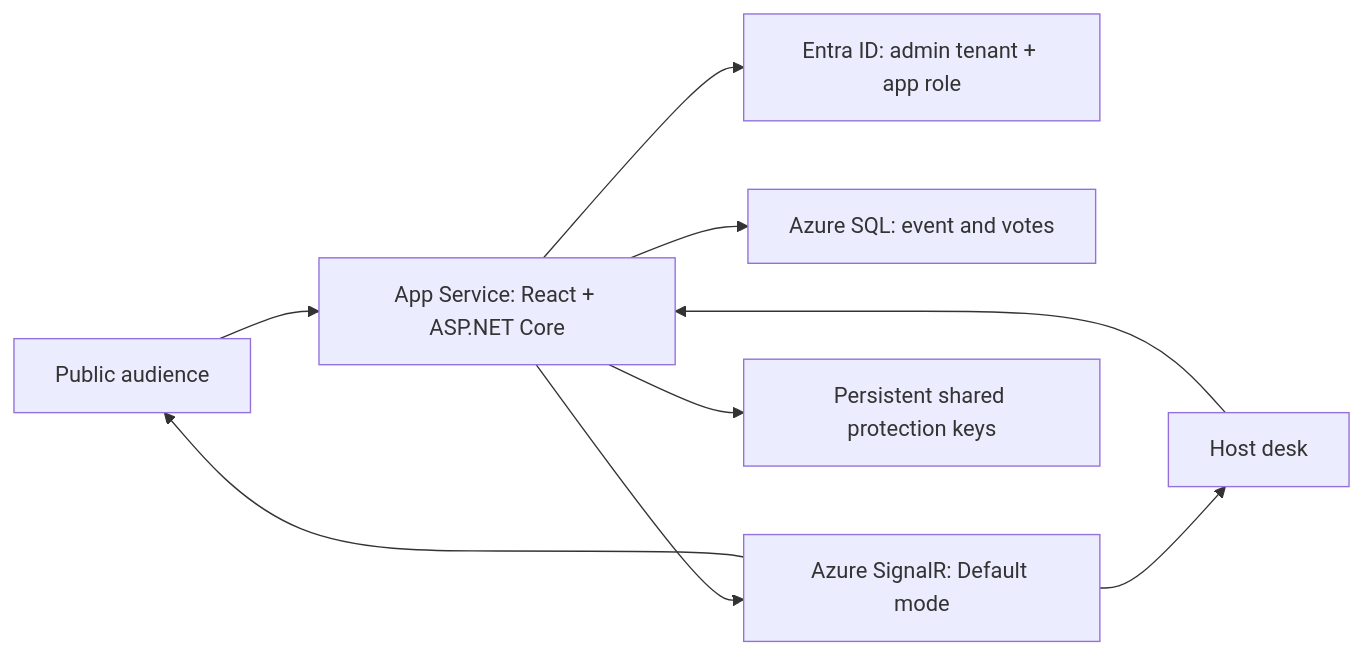
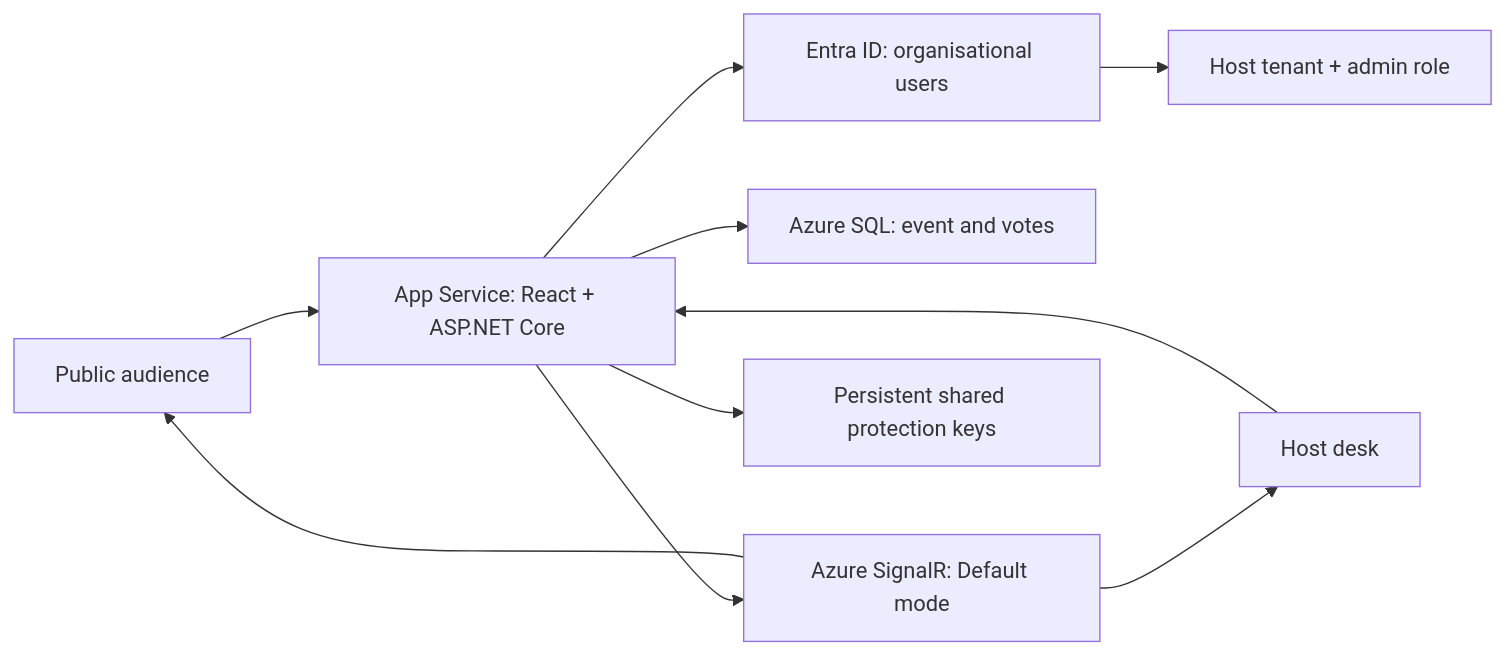
One commit to Copilot-Connection/copilot-fireside-christmas changed the diagram in README.md. Above: the diagram before and after it, drawn with Mermaid. The commit also changed other lines of this file and 12 other files, not shown here.

First line of the commit message:
Require organisational Entra sign-in for upvoting

````diff
--- a/README.md
+++ b/README.md
@@ -91,11 +102,12 @@
 ```mermaid
 flowchart LR
   Audience[Public audience] --> App[App Service: React + ASP.NET Core]
   Host[Host desk] --> App
-  App --> Entra[Entra ID: admin tenant + app role]
+  App --> Entra[Entra ID: organisational users]
+  Entra --> Roles[Host tenant + admin role]
   App --> SQL[Azure SQL: event and votes]
   App --> SignalR[Azure SignalR: Default mode]
   SignalR --> Audience
   SignalR --> Host
   App --> Keys[Persistent shared protection keys]
 ```
````
